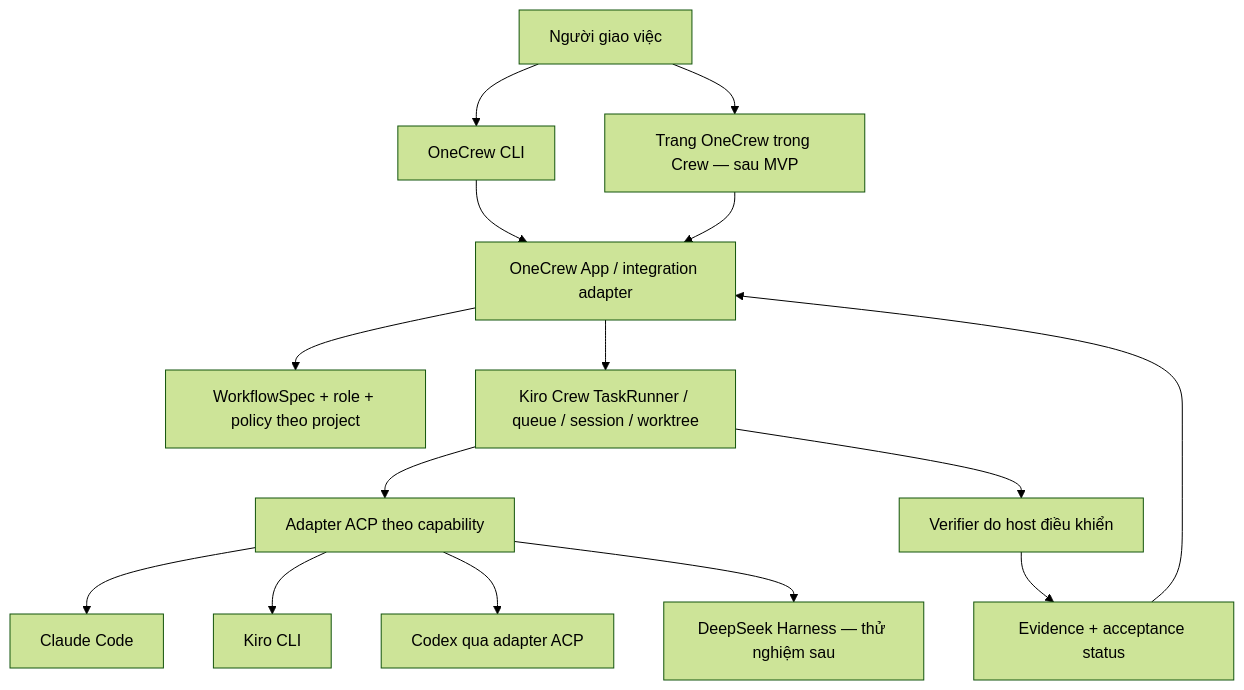
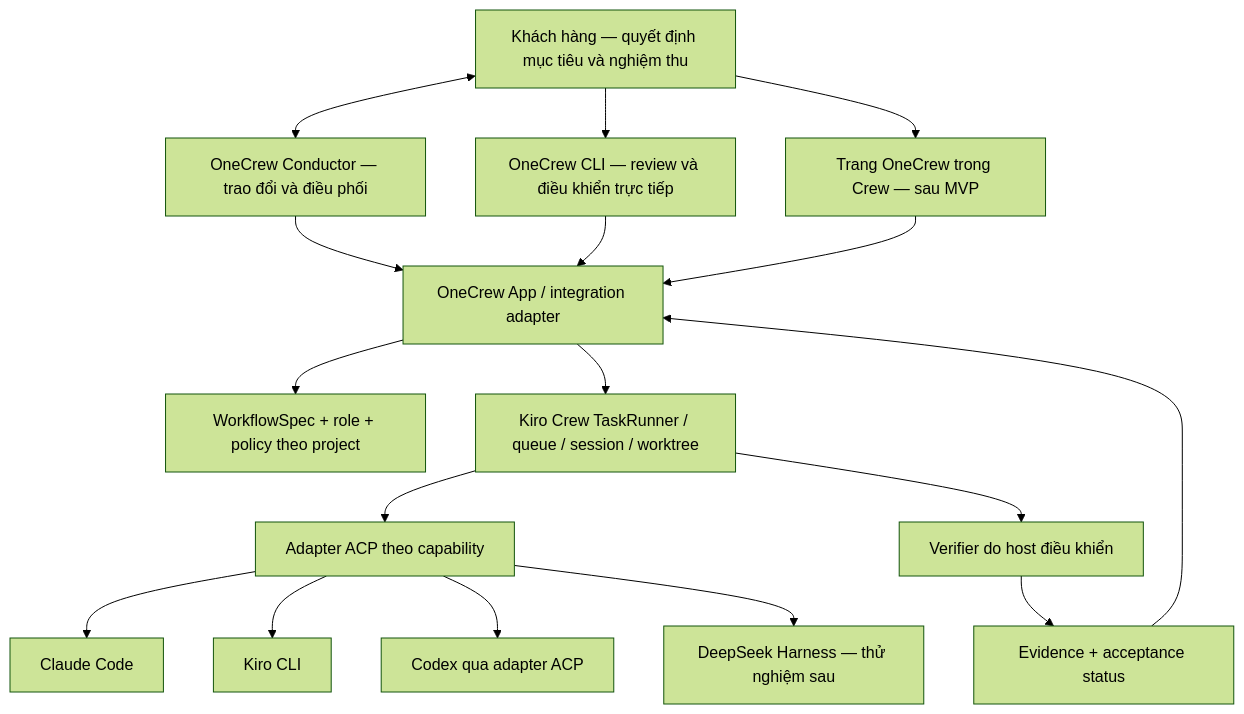
The diagram in docs/architecture.vi.md (tamnguyendev/one-crew), drawn with Mermaid (forest theme) before and after one commit. The commit also changed other lines of this file and 5 other files, not shown here.

Commit message:
docs: reconcile overall review and narrow delivery sequence

````diff
--- a/docs/architecture.vi.md
+++ b/docs/architecture.vi.md
@@ -13,17 +13,19 @@
 ```mermaid
 flowchart TD
-    U[Người giao việc] --> CLI[OneCrew CLI]
+    U[Khách hàng — quyết định mục tiêu và nghiệm thu] <--> CON[OneCrew Conductor — trao đổi và điều phối]
+    CON --> APP[OneCrew App / integration adapter]
+    U --> CLI[OneCrew CLI — review và điều khiển trực tiếp]
     U --> UI[Trang OneCrew trong Crew — sau MVP]
-    CLI --> APP[OneCrew App / integration adapter]
+    CLI --> APP
     UI --> APP
     APP --> SPEC[WorkflowSpec + role + policy theo project]
     APP --> CREW[Kiro Crew TaskRunner / queue / session / worktree]
     CREW --> ACP[Adapter ACP theo capability]
     ACP --> CC[Claude Code]
     ACP --> KC[Kiro CLI]
     ACP --> CODEX[Codex qua adapter ACP]
     ACP --> DSH[DeepSeek Harness — thử nghiệm sau]
     CREW --> GATE[Verifier do host điều khiển]
     GATE --> E[Evidence + acceptance status]
     E --> APP
 ```
````
